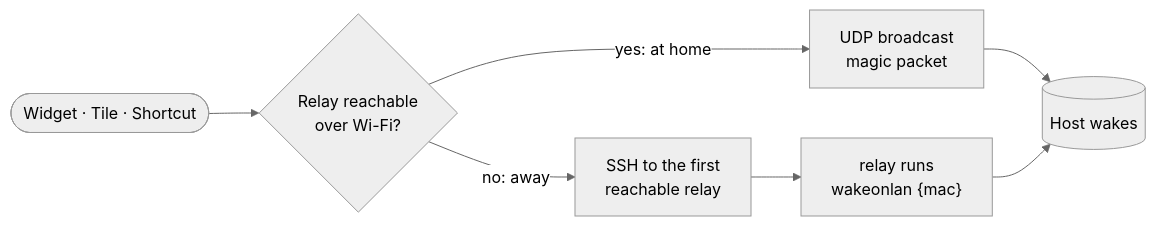
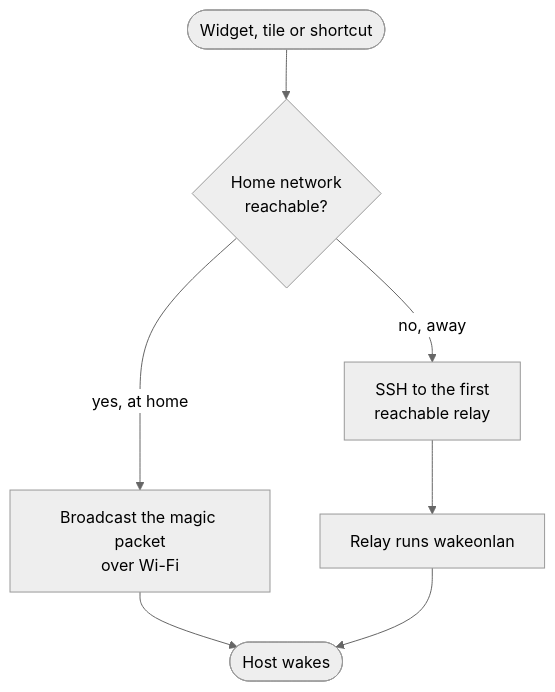
The diagram in README.md (da-wilky/wol-mobile), drawn with Mermaid (neutral theme) before and after one commit.

Commit message:
Simplify the waking diagram

````diff
--- a/README.md
+++ b/README.md
@@ -45,8 +45,9 @@
 ```mermaid
-flowchart LR
-    T([Widget · Tile · Shortcut]) --> P{Relay reachable<br/>over Wi-Fi?}
-    P -- "yes: at home" --> B[UDP broadcast<br/>magic packet]
-    P -- "no: away" --> S[SSH to the first<br/>reachable relay] --> R["relay runs<br/>wakeonlan {mac}"]
-    B --> H[(Host wakes)]
+flowchart TD
+    T(["Widget, tile or shortcut"]) --> P{"Home network<br/>reachable?"}
+    P -->|"yes, at home"| B["Broadcast the magic packet<br/>over Wi-Fi"]
+    P -->|"no, away"| S["SSH to the first<br/>reachable relay"]
+    S --> R["Relay runs wakeonlan"]
+    B --> H(["Host wakes"])
     R --> H
 ```
````
